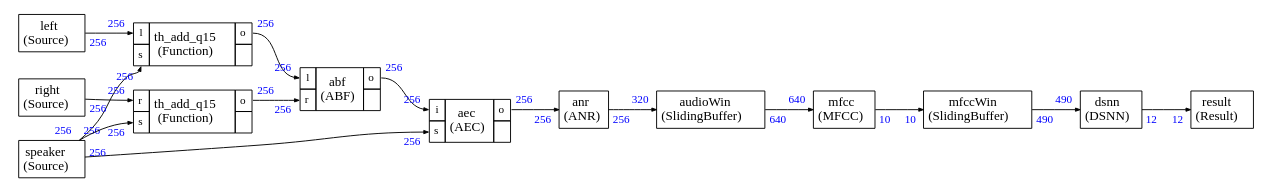
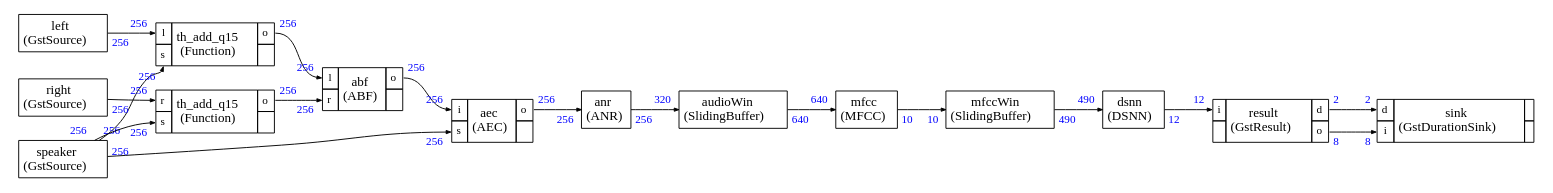
The diagram in src/cmsis_stream/pre_schedule_audiomark.dot (christophe0606/audiomark), drawn with Graphviz before and after one commit. The commit also changed 10 other files, not shown here.

```diff
--- a/src/cmsis_stream/pre_schedule_audiomark.dot
+++ b/src/cmsis_stream/pre_schedule_audiomark.dot
@@ -13,7 +13,7 @@
 left [label=<
 <TABLE color="black" bgcolor="none" BORDER="0" CELLBORDER="1" CELLSPACING="0" CELLPADDING="4">
   <TR>
-    <TD ALIGN="CENTER" PORT="i"><FONT COLOR="black" POINT-SIZE="14.0">left<BR/>(Source)</FONT></TD>
+    <TD ALIGN="CENTER" PORT="i"><FONT COLOR="black" POINT-SIZE="14.0">left<BR/>(GstSource)</FONT></TD>
   </TR>
 </TABLE>>];
 
@@ -36,14 +36,14 @@
 speaker [label=<
 <TABLE color="black" bgcolor="none" BORDER="0" CELLBORDER="1" CELLSPACING="0" CELLPADDING="4">
   <TR>
-    <TD ALIGN="CENTER" PORT="i"><FONT COLOR="black" POINT-SIZE="14.0">speaker<BR/>(Source)</FONT></TD>
+    <TD ALIGN="CENTER" PORT="i"><FONT COLOR="black" POINT-SIZE="14.0">speaker<BR/>(GstSource)</FONT></TD>
   </TR>
 </TABLE>>];
 
 right [label=<
 <TABLE color="black" bgcolor="none" BORDER="0" CELLBORDER="1" CELLSPACING="0" CELLPADDING="4">
   <TR>
-    <TD ALIGN="CENTER" PORT="i"><FONT COLOR="black" POINT-SIZE="14.0">right<BR/>(Source)</FONT></TD>
+    <TD ALIGN="CENTER" PORT="i"><FONT COLOR="black" POINT-SIZE="14.0">right<BR/>(GstSource)</FONT></TD>
   </TR>
 </TABLE>>];
 
@@ -130,11 +130,36 @@
   </TR>
 </TABLE>>];
 
+
 result [label=<
 <TABLE color="black" bgcolor="none" BORDER="0" CELLBORDER="1" CELLSPACING="0" CELLPADDING="4">
   <TR>
-    <TD ALIGN="CENTER" PORT="i"><FONT COLOR="black" POINT-SIZE="14.0">result<BR/>(Result)</FONT></TD>
+    <TD PORT="i"><FONT POINT-SIZE="12.0" COLOR="black">i</FONT></TD>
+    <TD ALIGN="CENTER" ROWSPAN="2"><FONT COLOR="black" POINT-SIZE="14.0">result<BR/>(GstResult)</FONT></TD>
+    <TD PORT="d"><FONT POINT-SIZE="12.0" COLOR="black">d</FONT></TD>
   </TR>
+<TR>
+ 
+<TD></TD>
+<TD PORT="o"><FONT POINT-SIZE="12.0" COLOR="black">o</FONT></TD>
+</TR>
+
+</TABLE>>];
+
+
+sink [label=<
+<TABLE color="black" bgcolor="none" BORDER="0" CELLBORDER="1" CELLSPACING="0" CELLPADDING="4">
+  <TR>
+    <TD PORT="d"><FONT POINT-SIZE="12.0" COLOR="black">d</FONT></TD>
+    <TD ALIGN="CENTER" ROWSPAN="2"><FONT COLOR="black" POINT-SIZE="14.0">sink<BR/>(GstDurationSink)</FONT></TD>
+    <TD></TD>
+  </TR>
+<TR>
+<TD PORT="i"><FONT POINT-SIZE="12.0" COLOR="black">i</FONT></TD>
+
+ 
+<TD></TD></TR>
+
 </TABLE>>];
 
 
@@ -223,5 +248,17 @@
 ,taillabel=<<TABLE BORDER="0" CELLPADDING="2"><TR><TD><FONT COLOR="blue" POINT-SIZE="12.0" >12</FONT>
 </TD></TR></TABLE>>]
 
+result:o -> sink:i [style="solid",color="black",label=""
+,headlabel=<<TABLE BORDER="0" CELLPADDING="2"><TR><TD><FONT COLOR="blue" POINT-SIZE="12.0" >8</FONT>
+</TD></TR></TABLE>>
+,taillabel=<<TABLE BORDER="0" CELLPADDING="2"><TR><TD><FONT COLOR="blue" POINT-SIZE="12.0" >8</FONT>
+</TD></TR></TABLE>>]
+
+result:d -> sink:d [style="solid",color="black",label=""
+,headlabel=<<TABLE BORDER="0" CELLPADDING="2"><TR><TD><FONT COLOR="blue" POINT-SIZE="12.0" >2</FONT>
+</TD></TR></TABLE>>
+,taillabel=<<TABLE BORDER="0" CELLPADDING="2"><TR><TD><FONT COLOR="blue" POINT-SIZE="12.0" >2</FONT>
+</TD></TR></TABLE>>]
+
 
 }
```
